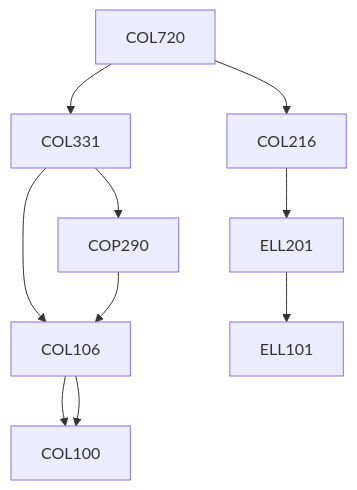
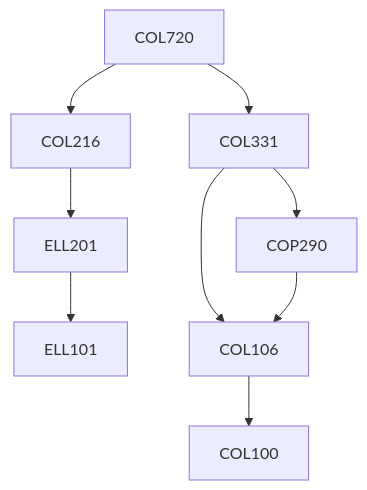
The diagram in content/Computer Science and Engineering/COL720.md (KeshavBansal0122/CoS_Website), drawn with Mermaid before and after one commit. The commit also changed other lines of this file and 2667 other files, not shown here.

````diff
--- a/content/Computer Science and Engineering/COL720.md
+++ b/content/Computer Science and Engineering/COL720.md
@@ -15,12 +13,15 @@
 ```mermaid
-graph TD
-COL720 --> COL331
-COL331 --> COL106
-COL106 --> COL100
-COL331 --> COP290
-COP290 --> COL106
-COL106 --> COL100
-COL720 --> COL216
-COL216 --> ELL201
-ELL201 --> ELL101
+flowchart TD
+COL720-196[COL720]
+COL720-196 --> COL216-196[COL216]
+ELL201-196 --> ELL101-196[ELL101]
+COL331-196 --> COL106-196[COL106]
+COL720-196 --> COL331-196[COL331]
+COL216-196 --> ELL201-196[ELL201]
+COL331-196 --> COP290-196[COP290]
+COL106-196 --> COL100-196[COL100]
+COP290-196 --> COL106-196[COL106]
+
+classDef empty height:17px, fill:transparent, stroke:transparent;
+classDef trueEmpty height:0px, width:0px;
 ```
````
